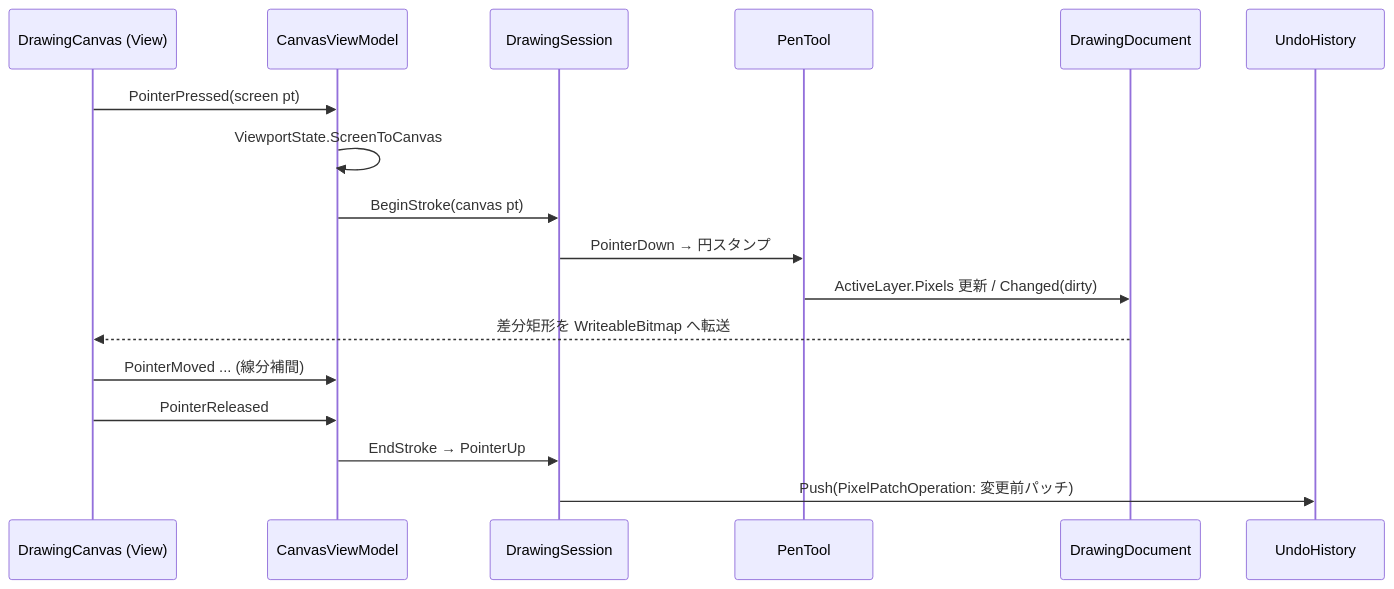
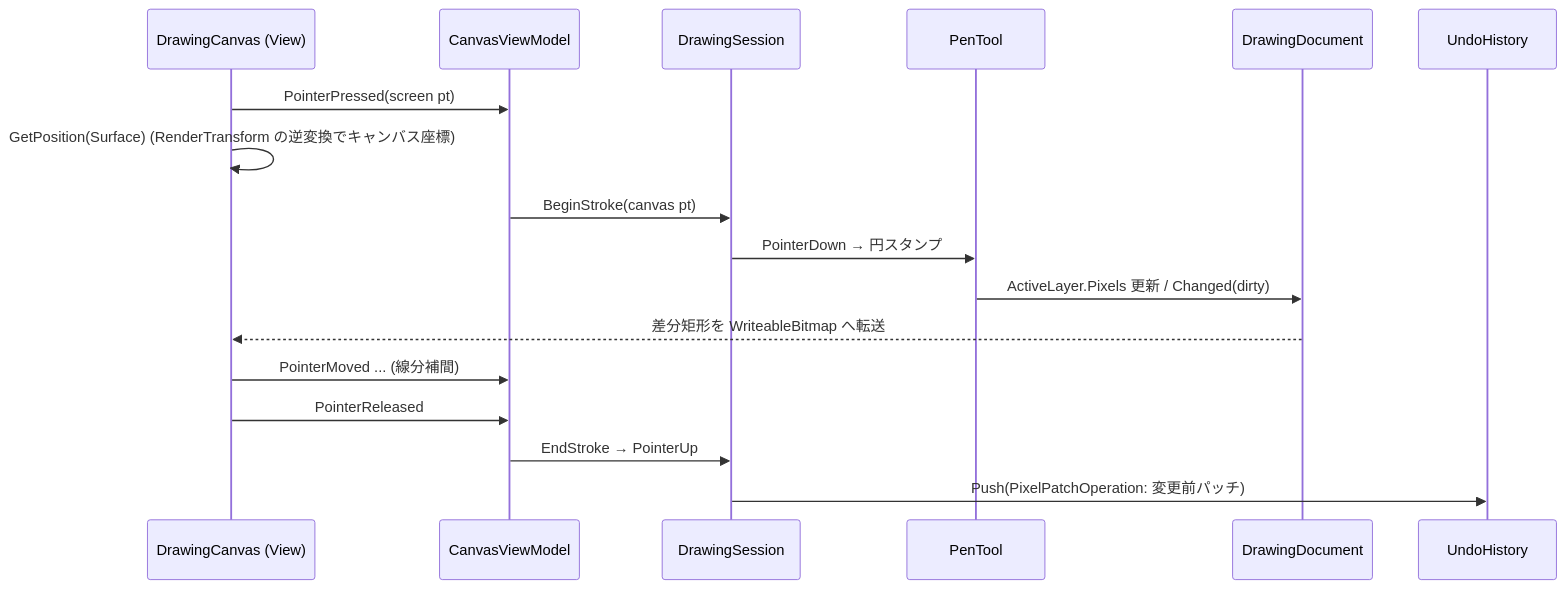
Before and after one commit to JetContrail/2026_devin_test_with_windows_GUI: the third of 4 diagrams in docs/Architecture.md, drawn with Mermaid. The commit also changed other lines of this file and 8 other files, not shown here.

````diff
--- a/docs/Architecture.md
+++ b/docs/Architecture.md
@@ -158,19 +158,19 @@
 ```mermaid
 sequenceDiagram
     participant V as DrawingCanvas (View)
     participant VM as CanvasViewModel
     participant S as DrawingSession
     participant T as PenTool
     participant D as DrawingDocument
     participant H as UndoHistory
     V->>VM: PointerPressed(screen pt)
-    VM->>VM: ViewportState.ScreenToCanvas
+    V->>V: GetPosition(Surface) (RenderTransform の逆変換でキャンバス座標)
     VM->>S: BeginStroke(canvas pt)
     S->>T: PointerDown → 円スタンプ
     T->>D: ActiveLayer.Pixels 更新 / Changed(dirty)
     D-->>V: 差分矩形を WriteableBitmap へ転送
     V->>VM: PointerMoved ... (線分補間)
     V->>VM: PointerReleased
     VM->>S: EndStroke → PointerUp
     S->>H: Push(PixelPatchOperation: 変更前パッチ)
 ```
````
